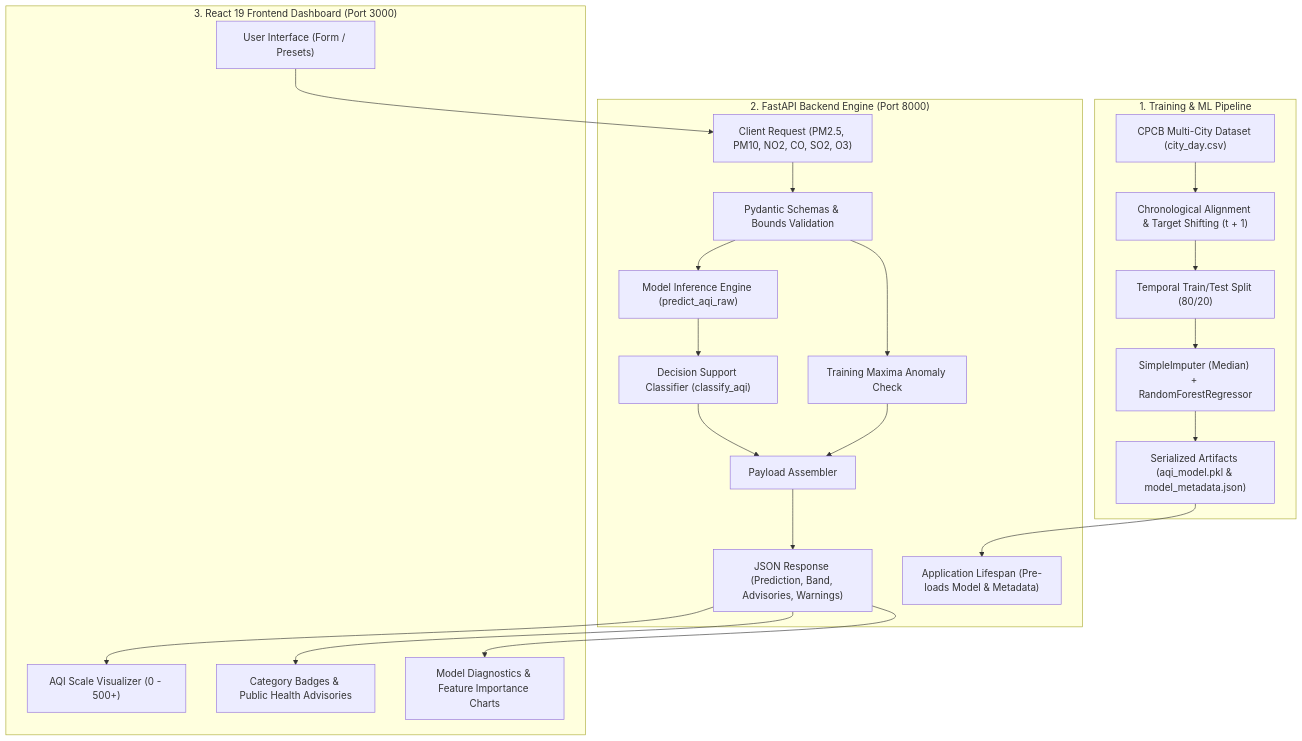
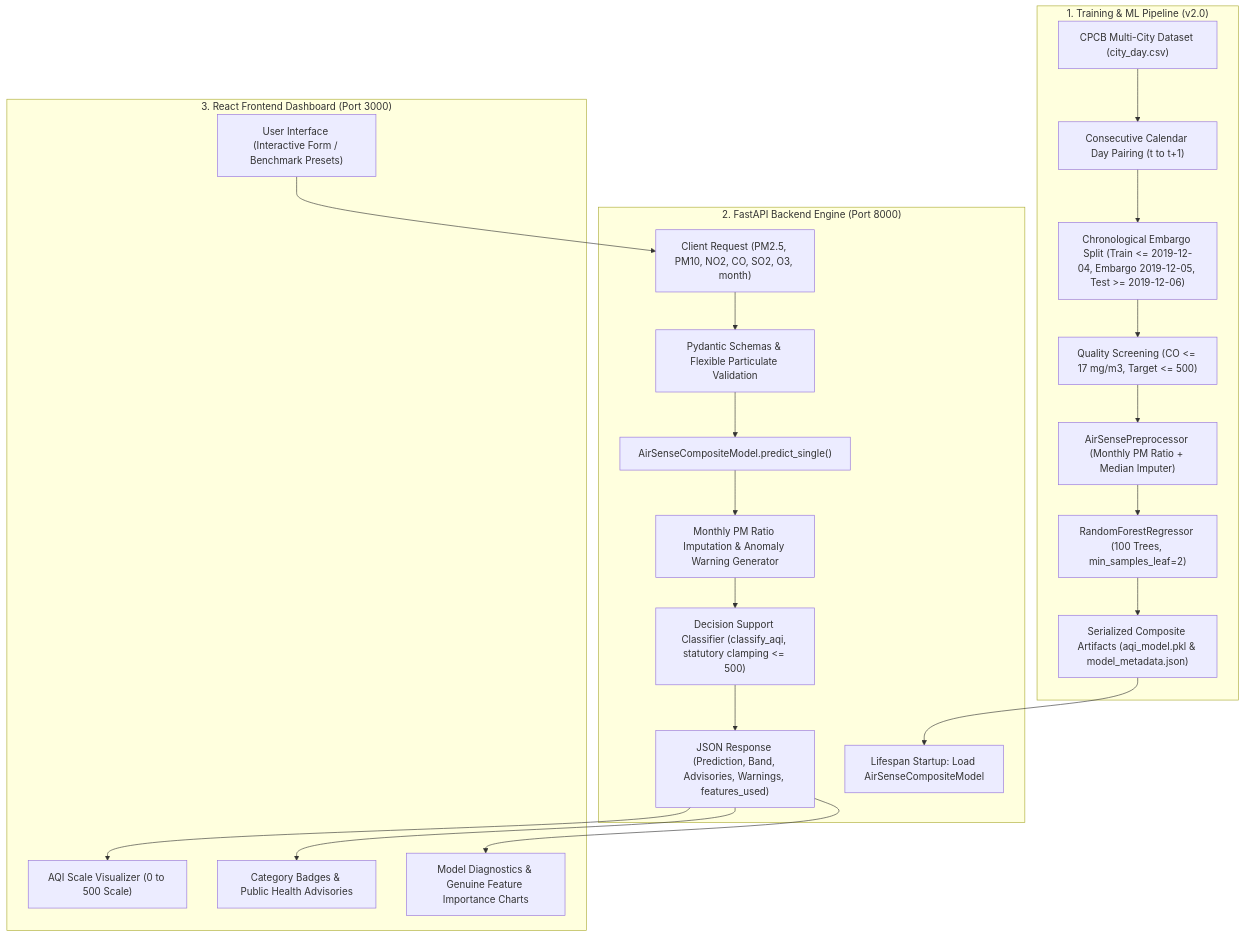
Before and after one commit to Abishek-2425/airsense-ai: the diagram in HOW_IT_WORKS.md, drawn with Mermaid. The commit also changed other lines of this file and 37 other files, not shown here.

Commit message:
feat: implement production release v2.0 with enhanced ML pipeline, FastAPI backend, and React dashboard

````diff
--- a/HOW_IT_WORKS.md
+++ b/HOW_IT_WORKS.md
@@ -16,27 +17,27 @@
 ```mermaid
 flowchart TD
-    subgraph DataPipeline ["1. Training & ML Pipeline"]
-        A["CPCB Multi-City Dataset (city_day.csv)"] --> B["Chronological Alignment & Target Shifting (t + 1)"]
-        B --> C["Temporal Train/Test Split (80/20)"]
-        C --> D["SimpleImputer (Median) + RandomForestRegressor"]
-        D --> E["Serialized Artifacts (aqi_model.pkl & model_metadata.json)"]
+    subgraph DataPipeline ["1. Training & ML Pipeline (v2.0)"]
+        A["CPCB Multi-City Dataset (city_day.csv)"] --> B["Consecutive Calendar Day Pairing (t to t+1)"]
+        B --> C["Chronological Embargo Split (Train <= 2019-12-04, Embargo 2019-12-05, Test >= 2019-12-06)"]
+        C --> D["Quality Screening (CO <= 17 mg/m3, Target <= 500)"]
+        D --> E["AirSensePreprocessor (Monthly PM Ratio + Median Imputer)"]
+        E --> F["RandomForestRegressor (100 Trees, min_samples_leaf=2)"]
+        F --> G["Serialized Composite Artifacts (aqi_model.pkl & model_metadata.json)"]
     end
 
     subgraph BackendAPI ["2. FastAPI Backend Engine (Port 8000)"]
-        E --> F["Application Lifespan (Pre-loads Model & Metadata)"]
-        G["Client Request (PM2.5, PM10, NO2, CO, SO2, O3)"] --> H["Pydantic Schemas & Bounds Validation"]
-        H --> I["Model Inference Engine (predict_aqi_raw)"]
-        H --> J["Training Maxima Anomaly Check"]
-        I --> K["Decision Support Classifier (classify_aqi)"]
-        J --> L["Payload Assembler"]
-        K --> L
-        L --> M["JSON Response (Prediction, Band, Advisories, Warnings)"]
+        G --> H["Lifespan Startup: Load AirSenseCompositeModel"]
+        I["Client Request (PM2.5, PM10, NO2, CO, SO2, O3, month)"] --> J["Pydantic Schemas & Flexible Particulate Validation"]
+        J --> K["AirSenseCompositeModel.predict_single()"]
+        K --> L["Monthly PM Ratio Imputation & Anomaly Warning Generator"]
+        L --> M["Decision Support Classifier (classify_aqi, statutory clamping <= 500)"]
+        M --> N["JSON Response (Prediction, Band, Advisories, Warnings, features_used)"]
     end
 
-    subgraph FrontendApp ["3. React 19 Frontend Dashboard (Port 3000)"]
-        N["User Interface (Form / Presets)"] --> G
-        M --> O["AQI Scale Visualizer (0 - 500+)"]
-        M --> P["Category Badges & Public Health Advisories"]
-        M --> Q["Model Diagnostics & Feature Importance Charts"]
+    subgraph FrontendApp ["3. React Frontend Dashboard (Port 3000)"]
+        O["User Interface (Interactive Form / Benchmark Presets)"] --> I
+        N --> P["AQI Scale Visualizer (0 to 500 Scale)"]
+        N --> Q["Category Badges & Public Health Advisories"]
+        N --> R["Model Diagnostics & Genuine Feature Importance Charts"]
     end
 ```
````
